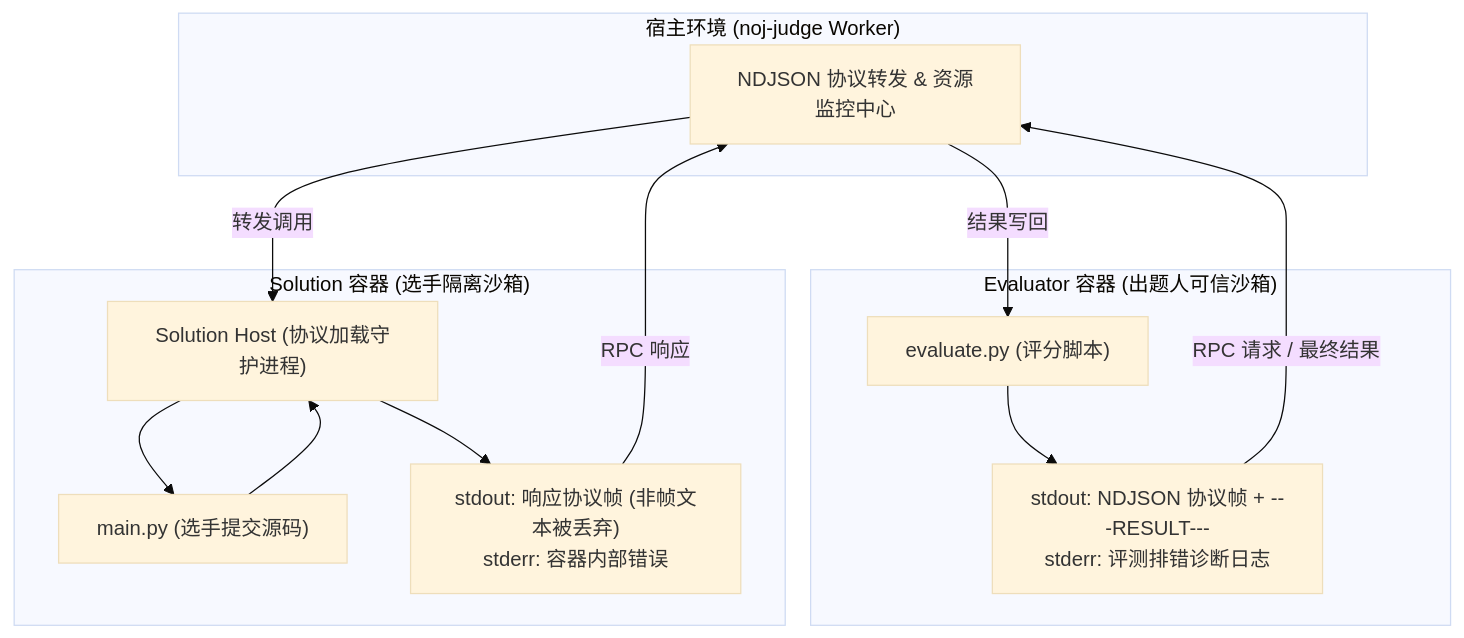
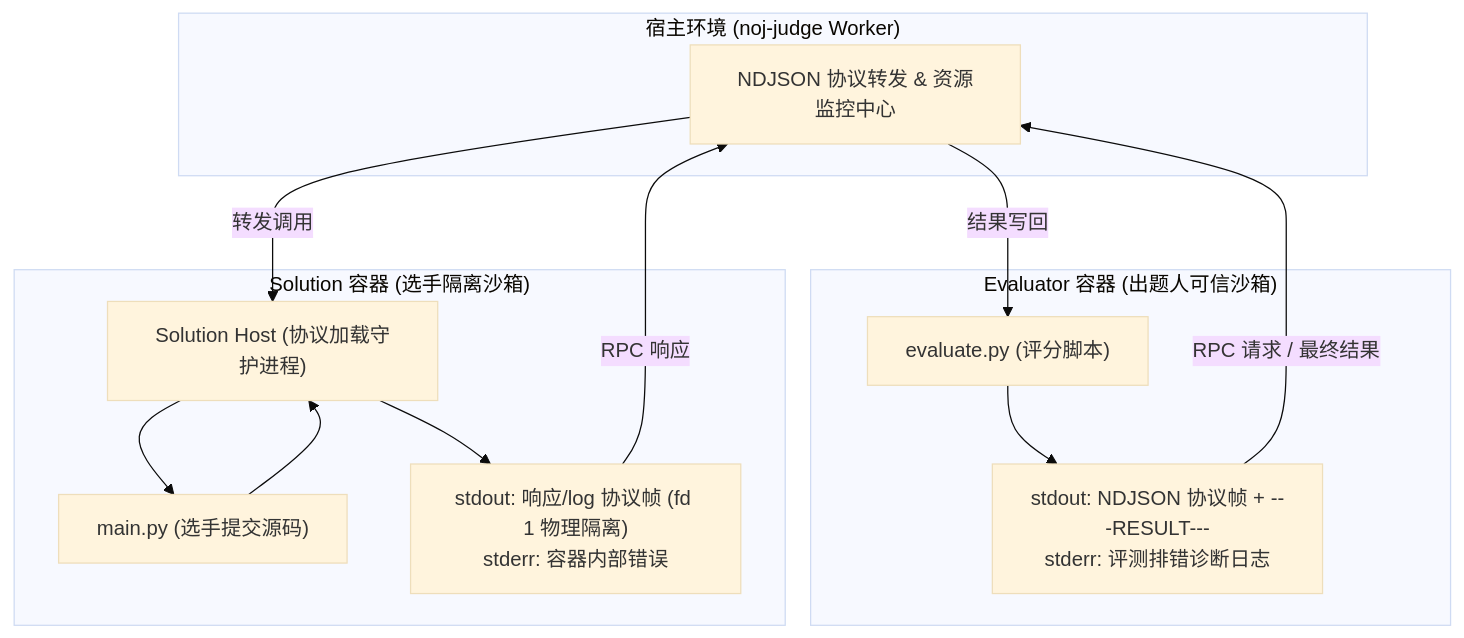
One commit to Neuro-OJ/neuro-oj changed the first of 3 diagrams in noj-docs/docs/mechanisms/judge-model.md. Above: the diagram before and after it, drawn with Mermaid (base theme). The commit also changed other lines of this file and 77 other files, not shown here.

````diff
--- a/noj-docs/docs/mechanisms/judge-model.md
+++ b/noj-docs/docs/mechanisms/judge-model.md
@@ -37,26 +37,26 @@
 ```mermaid
 flowchart TB
     subgraph Host["宿主环境 (noj-judge Worker)"]
         Router["NDJSON 协议转发 & 资源监控中心"]
     end
 
     subgraph EvalBox["Evaluator 容器 (出题人可信沙箱)"]
         EvalMain["evaluate.py (评分脚本)"]
         EvalOut["stdout: NDJSON 协议帧 + ---RESULT---<br/>stderr: 评测排错诊断日志"]
     end
 
     subgraph SolBox["Solution 容器 (选手隔离沙箱)"]
         HostProc["Solution Host (协议加载守护进程)"]
         UserMain["main.py (选手提交源码)"]
-        SolOut["stdout: 响应协议帧 (非帧文本被丢弃)<br/>stderr: 容器内部错误"]
+        SolOut["stdout: 响应/log 协议帧 (fd 1 物理隔离)<br/>stderr: 容器内部错误"]
     end
 
     EvalMain --> EvalOut
     EvalOut -- "RPC 请求 / 最终结果" --> Router
     Router -- "转发调用" --> HostProc
     HostProc --> UserMain
     UserMain --> HostProc
     HostProc --> SolOut
     SolOut -- "RPC 响应" --> Router
     Router -- "结果写回" --> EvalMain
 ```
````
